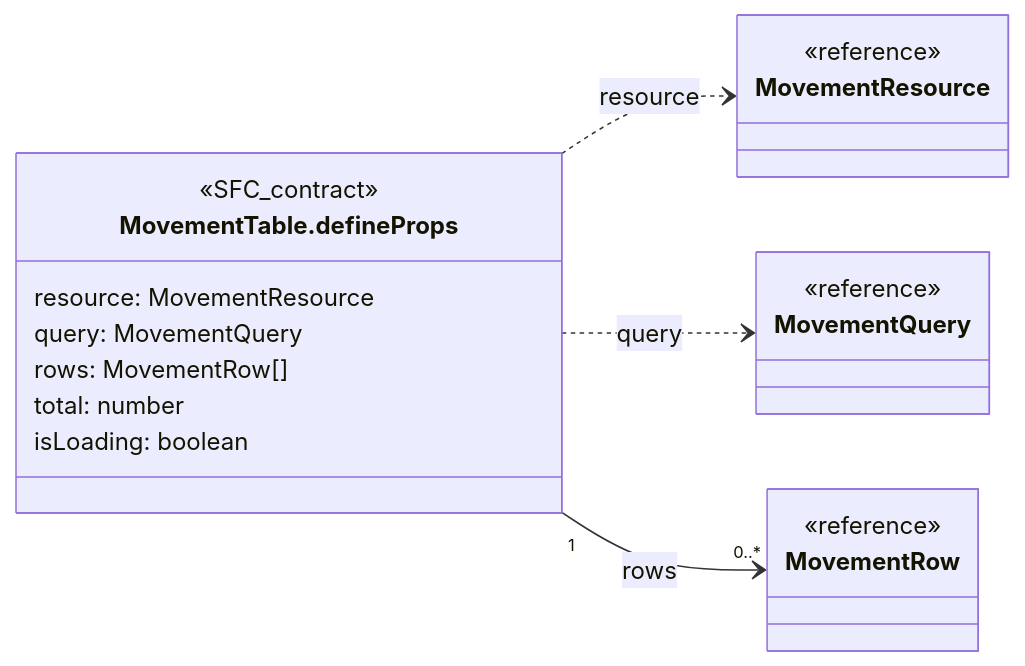
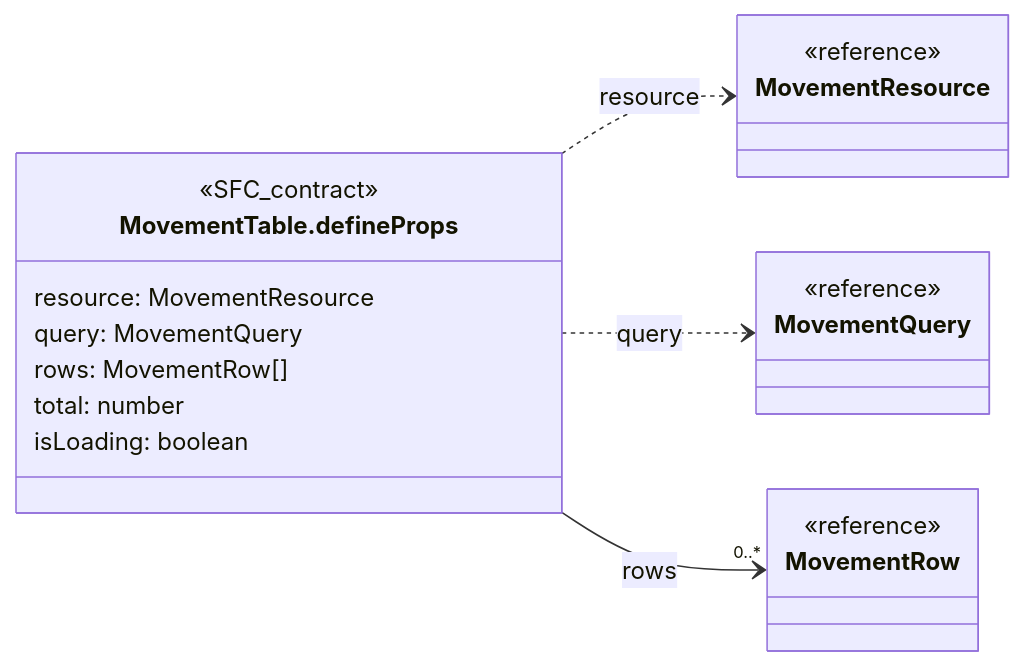
One commit to gpgsistemas01/nexus changed the third of 25 diagrams in front/docs/architecture/views/logical/type-reference/movements.md. Above: the diagram before and after it, drawn with Mermaid. The commit also changed other lines of this file and 158 other files, not shown here.

````diff
--- a/front/docs/architecture/views/logical/type-reference/movements.md
+++ b/front/docs/architecture/views/logical/type-reference/movements.md
@@ -114,24 +114,24 @@
 ```mermaid
 classDiagram
     direction LR
     class Subject["MovementTable.defineProps"] {
         <<SFC_contract>>
         resource: MovementResource
         query: MovementQuery
         rows: MovementRow[]
         total: number
         isLoading: boolean
     }
     class R0["MovementResource"] {
         <<reference>>
     }
     class R1["MovementQuery"] {
         <<reference>>
     }
     class R2["MovementRow"] {
         <<reference>>
     }
     Subject ..> R0 : resource
     Subject ..> R1 : query
-    Subject "1" --> "0..*" R2 : rows
+    Subject --> "0..*" R2 : rows
 ```
````
